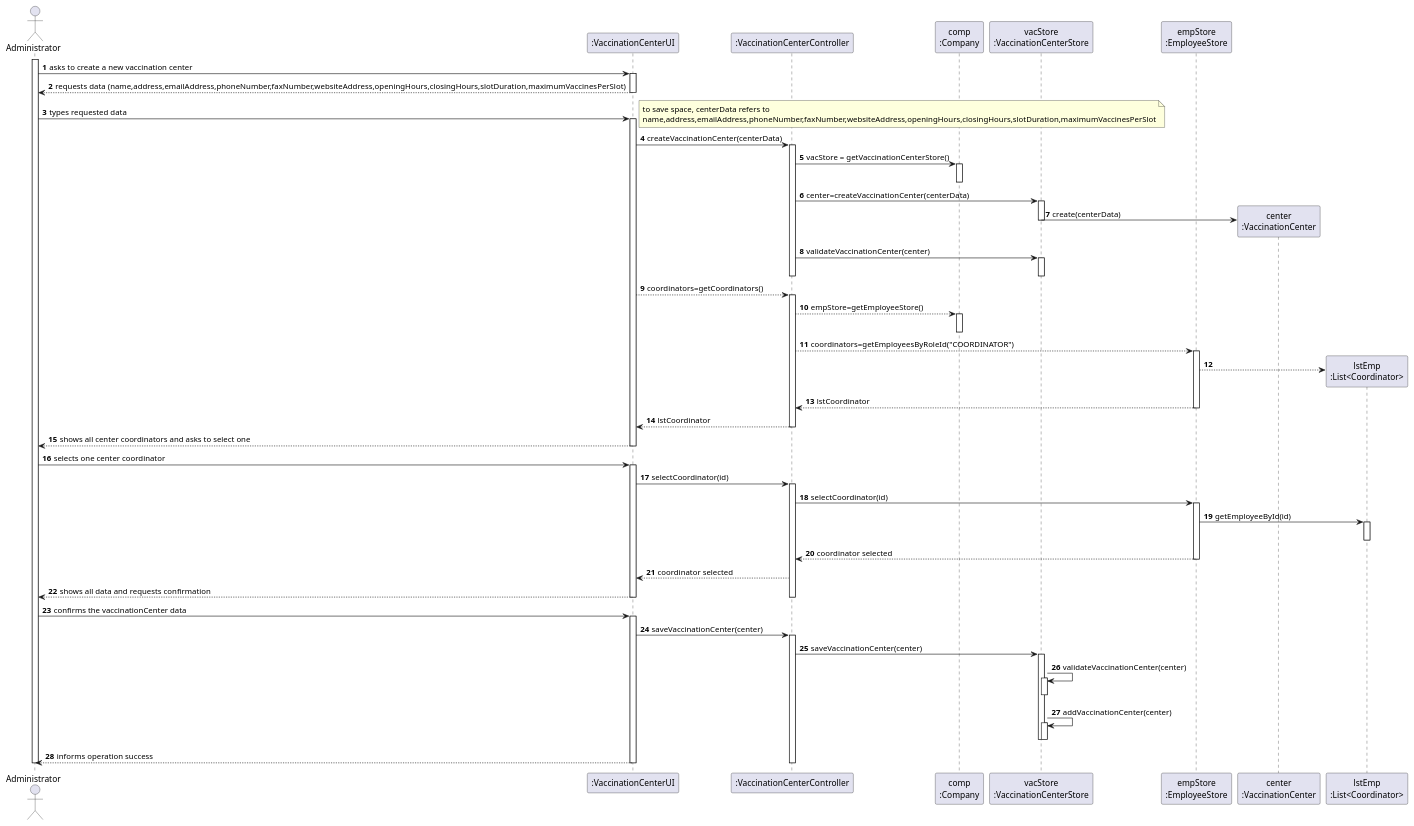
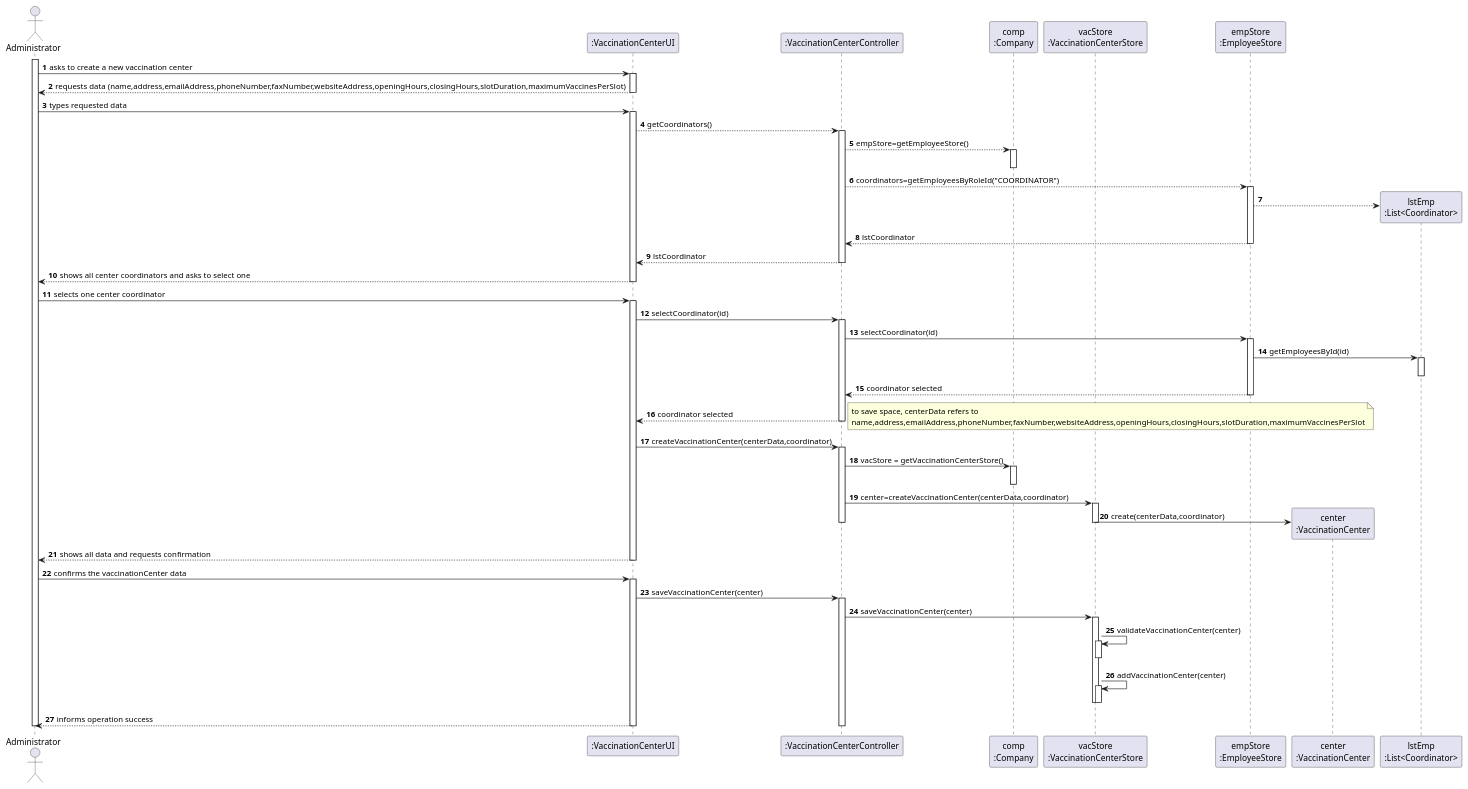
One commit to miseEnPlace-i/lapr2 changed the diagram in docs/SprintB/US09/SD/US09_SD.puml. Above: the diagram before and after it, drawn with PlantUML. The commit also changed 3 other files, not shown here.

```diff
--- a/docs/SprintB/US09/SD/US09_SD.puml
+++ b/docs/SprintB/US09/SD/US09_SD.puml
@@ -1,113 +1,110 @@
 @startuml US09_SD
 autonumber
 actor "Administrator" as ADM
 
 participant ":VaccinationCenterUI" as UI
 participant ":VaccinationCenterController" as CTRL
 participant "comp\n:Company" as COMP
 participant "vacStore\n:VaccinationCenterStore" as VACSTORE
 participant "empStore\n:EmployeeStore" as EMPSTORE
 participant "center\n:VaccinationCenter" as CENTER
 participant "lstEmp\n:List<Coordinator>" as LSTEMP
 
 activate ADM 
 ADM -> UI : asks to create a new vaccination center
 activate UI
 
 UI --> ADM : requests data (name,address,emailAddress,phoneNumber,faxNumber,websiteAddress,openingHours,closingHours,slotDuration,maximumVaccinesPerSlot)
 deactivate UI
 
 ADM -> UI : types requested data
 activate UI
 
-note right
-    to save space, centerData refers to 
-    name,address,emailAddress,phoneNumber,faxNumber,websiteAddress,openingHours,closingHours,slotDuration,maximumVaccinesPerSlot
-end note
-
-UI -> CTRL : createVaccinationCenter(centerData)
-activate CTRL
-
-CTRL -> COMP : vacStore = getVaccinationCenterStore()
-activate COMP
-deactivate COMP
-
-CTRL -> VACSTORE : center=createVaccinationCenter(centerData)
-activate VACSTORE
-
-VACSTORE -> CENTER** : create(centerData)
-deactivate VACSTORE
-
-CTRL -> VACSTORE : validateVaccinationCenter(center)
-activate VACSTORE
-deactivate VACSTORE
-
-deactivate CTRL
-
-UI --> CTRL : coordinators=getCoordinators()
+UI --> CTRL : getCoordinators()
 activate CTRL
 
 CTRL --> COMP : empStore=getEmployeeStore()
 activate COMP
 deactivate COMP
 
 CTRL --> EMPSTORE : coordinators=getEmployeesByRoleId("COORDINATOR")
 activate EMPSTORE
 
 EMPSTORE --> LSTEMP** 
 EMPSTORE --> CTRL : lstCoordinator
 deactivate EMPSTORE
 
 CTRL --> UI : lstCoordinator
 deactivate CTRL
 
 UI --> ADM : shows all center coordinators and asks to select one
 deactivate UI
 
 ADM -> UI : selects one center coordinator
 activate UI
 
 UI -> CTRL : selectCoordinator(id)
 activate CTRL
 
 CTRL -> EMPSTORE: selectCoordinator(id)
 activate EMPSTORE
 
-EMPSTORE -> LSTEMP: getEmployeeById(id)
+EMPSTORE -> LSTEMP: getEmployeesById(id)
 activate LSTEMP
 deactivate LSTEMP
 
 EMPSTORE --> CTRL : coordinator selected
 deactivate EMPSTORE
 
 CTRL --> UI : coordinator selected
+deactivate CTRL
+
+note right
+    to save space, centerData refers to 
+    name,address,emailAddress,phoneNumber,faxNumber,websiteAddress,openingHours,closingHours,slotDuration,maximumVaccinesPerSlot
+end note
+
+UI -> CTRL : createVaccinationCenter(centerData,coordinator)
+activate CTRL
+
+CTRL -> COMP : vacStore = getVaccinationCenterStore()
+activate COMP
+deactivate COMP
+
+CTRL -> VACSTORE : center=createVaccinationCenter(centerData,coordinator)
+activate VACSTORE
+
+VACSTORE -> CENTER** : create(centerData,coordinator)
+deactivate VACSTORE
+
+deactivate CTRL
 
 UI --> ADM: shows all data and requests confirmation
 deactivate VACSTORE
 deactivate CTRL
 deactivate UI
 
 ADM -> UI : confirms the vaccinationCenter data
 activate UI
 UI -> CTRL : saveVaccinationCenter(center)
 activate CTRL
 
 CTRL -> VACSTORE : saveVaccinationCenter(center)
 activate VACSTORE
 
 VACSTORE -> VACSTORE : validateVaccinationCenter(center)
 activate VACSTORE
 deactivate VACSTORE
 
 VACSTORE -> VACSTORE : addVaccinationCenter(center)
 activate VACSTORE
 deactivate VACSTORE
 
 UI --> ADM : informs operation success
 deactivate COMP
 deactivate CTRL
 deactivate UI
 
 deactivate ADM
 
 @enduml
```
